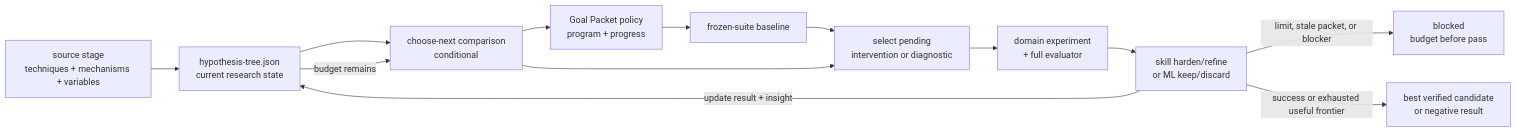
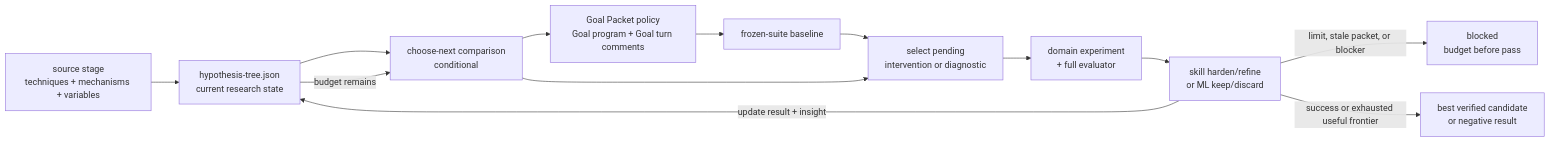
Before and after one commit to ZanarkandTechnologies/Farplane: the diagram in docs/systems/self-improvement-learning.md, drawn with Mermaid. The commit also changed other lines of this file and 70 other files, not shown here.

````diff
--- a/docs/systems/self-improvement-learning.md
+++ b/docs/systems/self-improvement-learning.md
@@ -184,20 +188,20 @@
 ```mermaid
 flowchart LR
   coverage["source stage<br/>techniques + mechanisms + variables"]
   tree["hypothesis-tree.json<br/>current research state"]
   leverage["choose-next comparison<br/>conditional"]
-  packet["Goal Packet policy<br/>program + progress"]
+  packet["Goal Packet policy<br/>Goal program + Goal turn comments"]
   baseline["frozen-suite baseline"]
   select["select pending<br/>intervention or diagnostic"]
   execute["domain experiment<br/>+ full evaluator"]
   harden["skill harden/refine<br/>or ML keep/discard"]
   blocked["blocked<br/>budget before pass"]
   result["best verified candidate<br/>or negative result"]
 
   coverage --> tree --> leverage --> packet --> baseline --> select --> execute --> harden
   harden -->|update result + insight| tree
   tree -->|budget remains| leverage
   leverage --> select
   harden -->|limit, stale packet, or blocker| blocked
   harden -->|success or exhausted useful frontier| result
 ```
````
